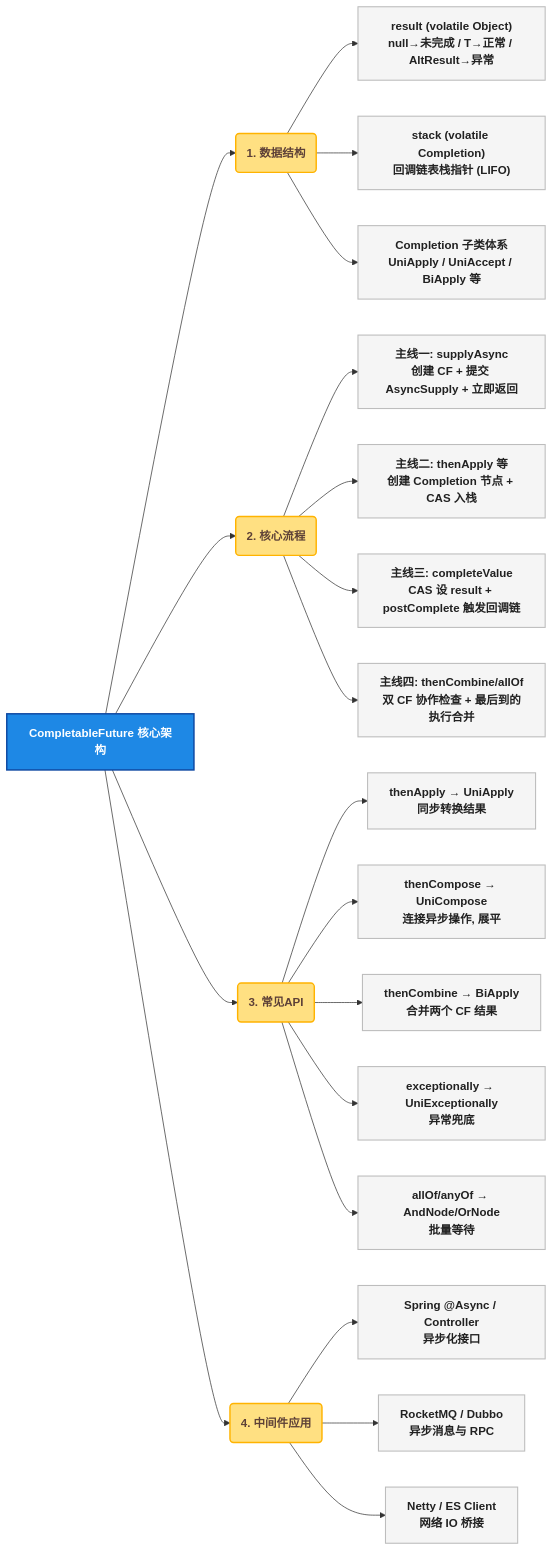
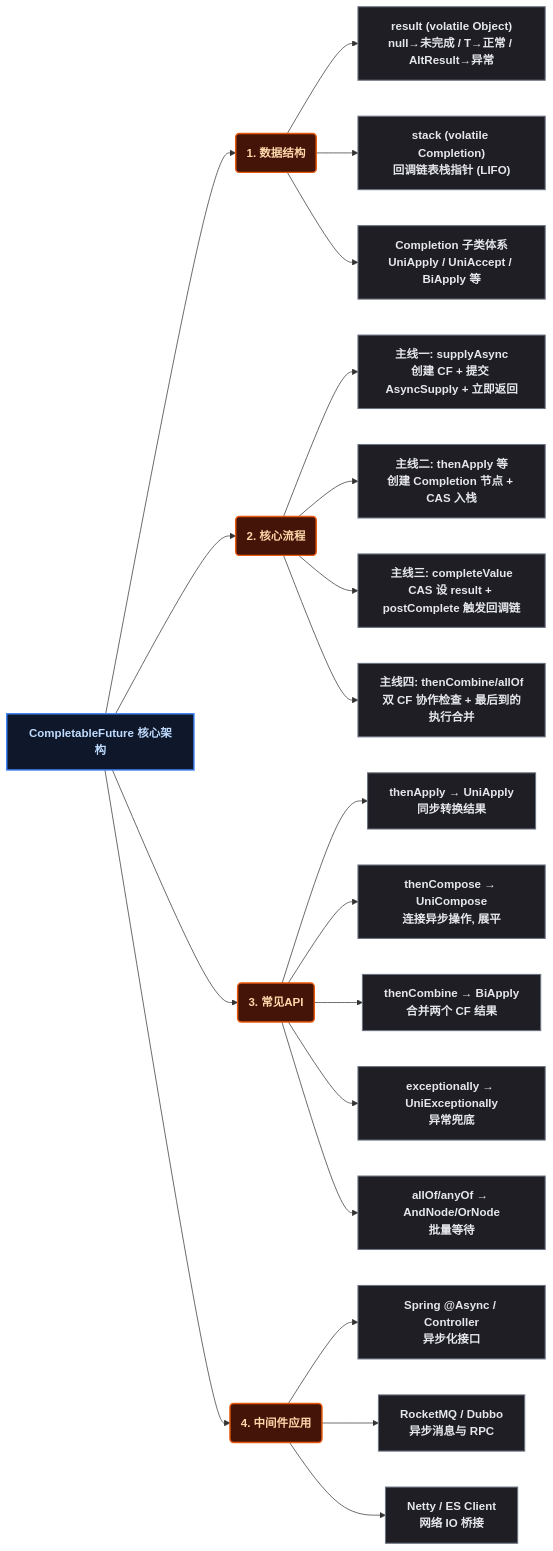
Before and after one commit to yaocat55/yaocat55.github.io: the fourth of 4 diagrams in content/posts/concurrency/CompletableFuture.md, drawn with Mermaid. The commit also changed other lines of this file and 155 other files, not shown here.

````diff
--- a/content/posts/concurrency/CompletableFuture.md
+++ b/content/posts/concurrency/CompletableFuture.md
@@ -593,35 +593,35 @@
 ```mermaid
 flowchart LR
-    classDef root fill:#1E88E5,stroke:#0D47A1,stroke-width:2px,color:#FFFFFF,font-weight:bold;
-    classDef branch fill:#FFE082,stroke:#FFB300,stroke-width:2px,color:#5D4037,font-weight:bold;
-    classDef leaf fill:#F5F5F5,stroke:#BDBDBD,stroke-width:1.5px,color:#212121;
+classDef root fill:#0f172a,stroke:#3b82f6,stroke-width:2px,color:#bfdbfe,font-weight:bold;;
+classDef branch fill:#431407,stroke:#ea580c,stroke-width:2px,color:#fed7aa,font-weight:bold;;
+classDef leaf fill:#1e1e24,stroke:#6b7280,stroke-width:1.5px,color:#e5e7eb;
 
     ROOT[CompletableFuture 核心架构]
 
     ROOT --> B1(1. 数据结构)
     B1 --> L1["result (volatile Object)\nnull→未完成 / T→正常 / AltResult→异常"]
     B1 --> L2["stack (volatile Completion)\n回调链表栈指针 (LIFO)"]
     B1 --> L3["Completion 子类体系\nUniApply / UniAccept / BiApply 等"]
 
     ROOT --> B2(2. 核心流程)
     B2 --> L4["主线一: supplyAsync\n创建 CF + 提交 AsyncSupply + 立即返回"]
     B2 --> L5["主线二: thenApply 等\n创建 Completion 节点 + CAS 入栈"]
     B2 --> L6["主线三: completeValue\nCAS 设 result + postComplete 触发回调链"]
     B2 --> L7["主线四: thenCombine/allOf\n双 CF 协作检查 + 最后到的执行合并"]
 
     ROOT --> B3(3. 常见API)
     B3 --> L8["thenApply → UniApply\n同步转换结果"]
     B3 --> L9["thenCompose → UniCompose\n连接异步操作, 展平"]
     B3 --> L10["thenCombine → BiApply\n合并两个 CF 结果"]
     B3 --> L11["exceptionally → UniExceptionally\n异常兜底"]
     B3 --> L12["allOf/anyOf → AndNode/OrNode\n批量等待"]
 
     ROOT --> B4(4. 中间件应用)
     B4 --> L13["Spring @Async / Controller\n异步化接口"]
     B4 --> L14["RocketMQ / Dubbo\n异步消息与 RPC"]
     B4 --> L15["Netty / ES Client\n网络 IO 桥接"]
 
     class ROOT root;
     class B1,B2,B3,B4 branch;
     class L1,L2,L3,L4,L5,L6,L7,L8,L9,L10,L11,L12,L13,L14,L15 leaf;
 ```
````
